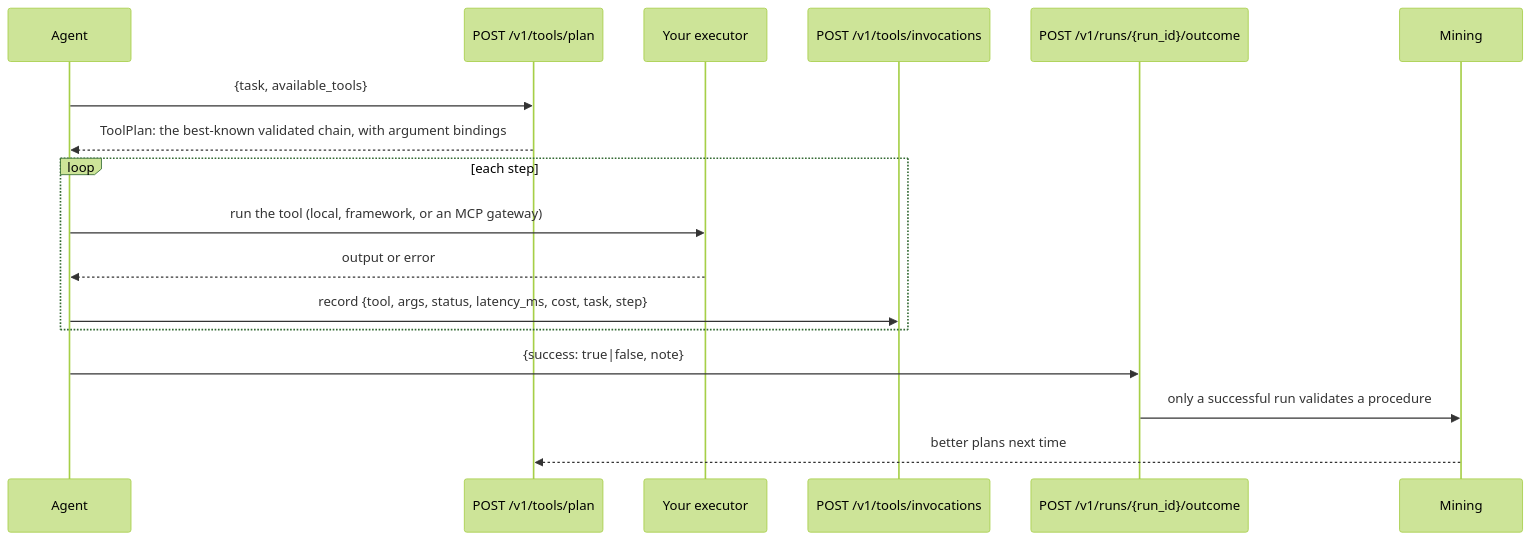
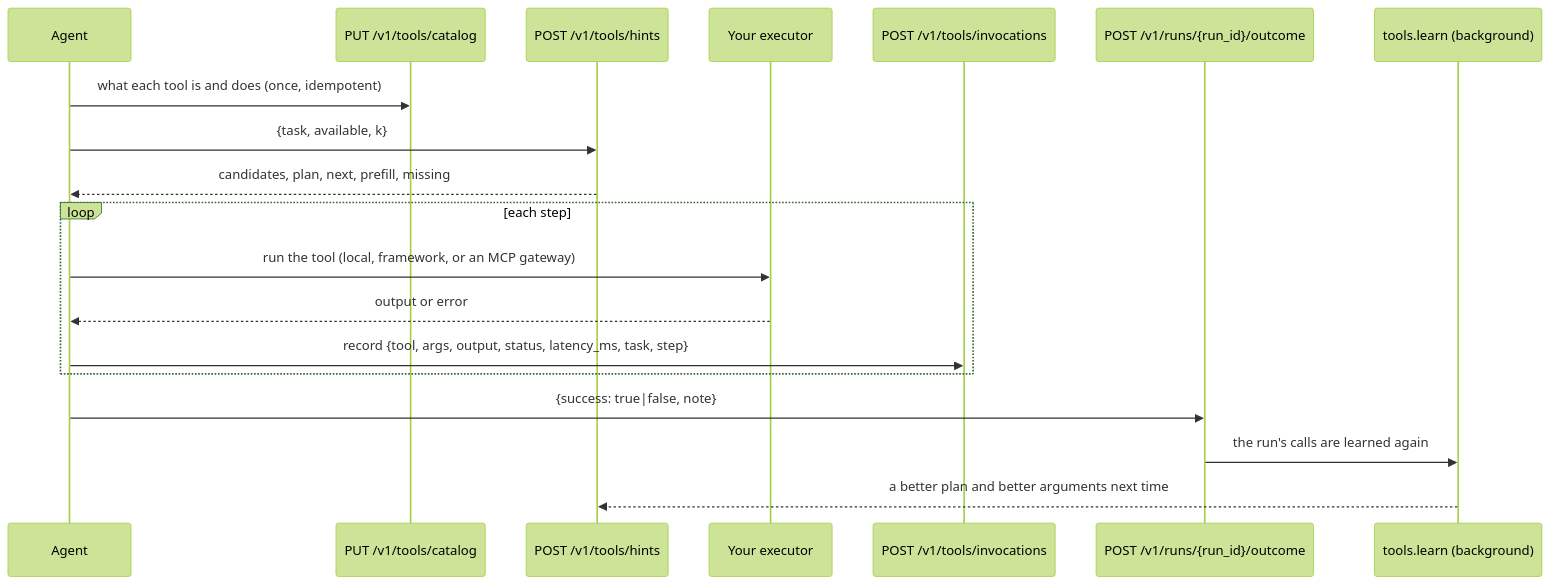
One commit to amitmohapatra/agent-memory-service changed the diagram in docs/api/tools.md. Above: the diagram before and after it, drawn with Mermaid (forest theme). The commit also changed other lines of this file and 50 other files, not shown here.

````diff
--- a/docs/api/tools.md
+++ b/docs/api/tools.md
@@ -9,19 +11,21 @@
 ```mermaid
 sequenceDiagram
   participant A as Agent
-  participant P as POST /v1/tools/plan
+  participant C as PUT /v1/tools/catalog
+  participant H as POST /v1/tools/hints
   participant X as Your executor
   participant I as POST /v1/tools/invocations
   participant O as POST /v1/runs/{run_id}/outcome
-  participant M as Mining
-  A->>P: {task, available_tools}
-  P-->>A: ToolPlan: the best-known validated chain, with argument bindings
+  participant L as tools.learn (background)
+  A->>C: what each tool is and does (once, idempotent)
+  A->>H: {task, available, k}
+  H-->>A: candidates, plan, next, prefill, missing
   loop each step
     A->>X: run the tool (local, framework, or an MCP gateway)
     X-->>A: output or error
-    A->>I: record {tool, args, status, latency_ms, cost, task, step}
+    A->>I: record {tool, args, output, status, latency_ms, task, step}
   end
   A->>O: {success: true|false, note}
-  O->>M: only a successful run validates a procedure
-  M-->>P: better plans next time
+  O->>L: the run's calls are learned again
+  L-->>H: a better plan and better arguments next time
 ```
````
